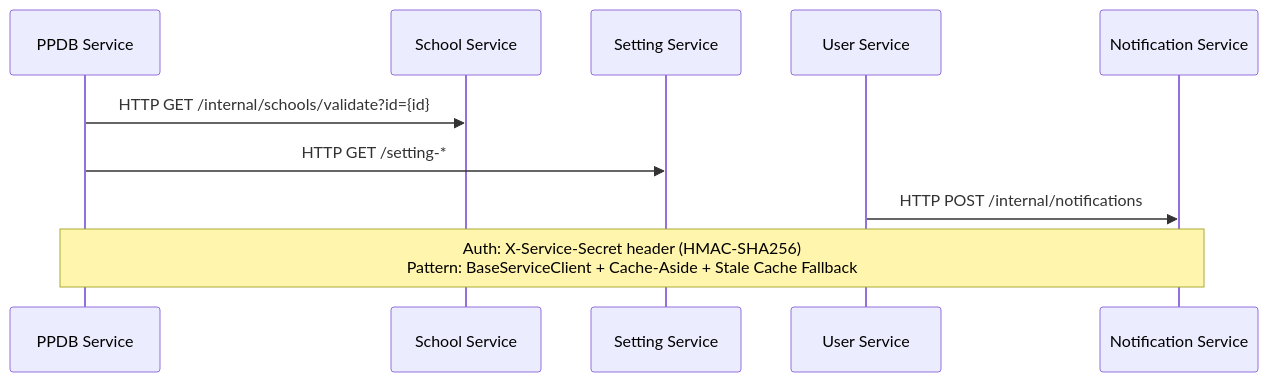
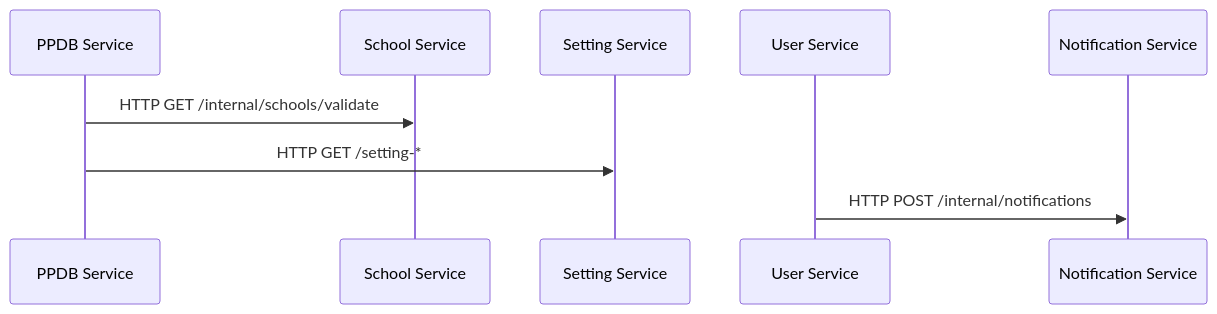
Before and after one commit to IyaTulus/ppdb-microserivce: the second of 8 diagrams in README.md, drawn with Mermaid. The commit also changed other lines of this file, not shown here.

````diff
--- a/README.md
+++ b/README.md
@@ -107,13 +107,12 @@
 ```mermaid
 sequenceDiagram
     participant P as PPDB Service
     participant Sch as School Service
     participant Set as Setting Service
     participant U as User Service
     participant N as Notification Service
 
-    P->>Sch: HTTP GET /internal/schools/validate?id={id}
+    P->>Sch: HTTP GET /internal/schools/validate
     P->>Set: HTTP GET /setting-*
     U->>N: HTTP POST /internal/notifications
-    Note over P,N: Auth: X-Service-Secret header (HMAC-SHA256)<br/>Pattern: BaseServiceClient + Cache-Aside + Stale Cache Fallback
 ```
````
